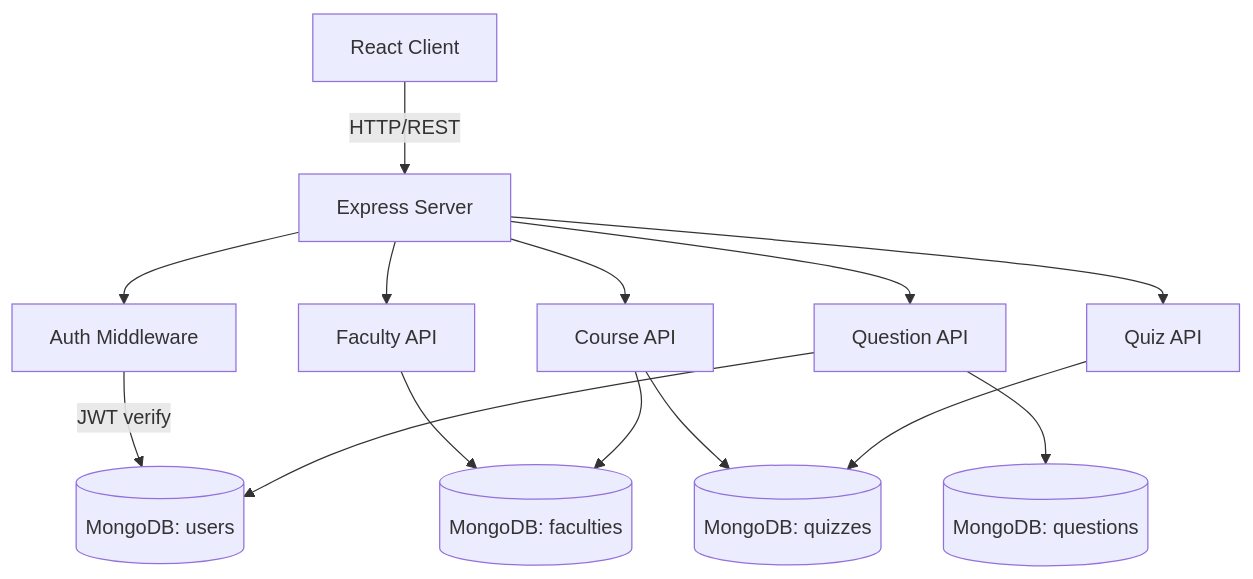
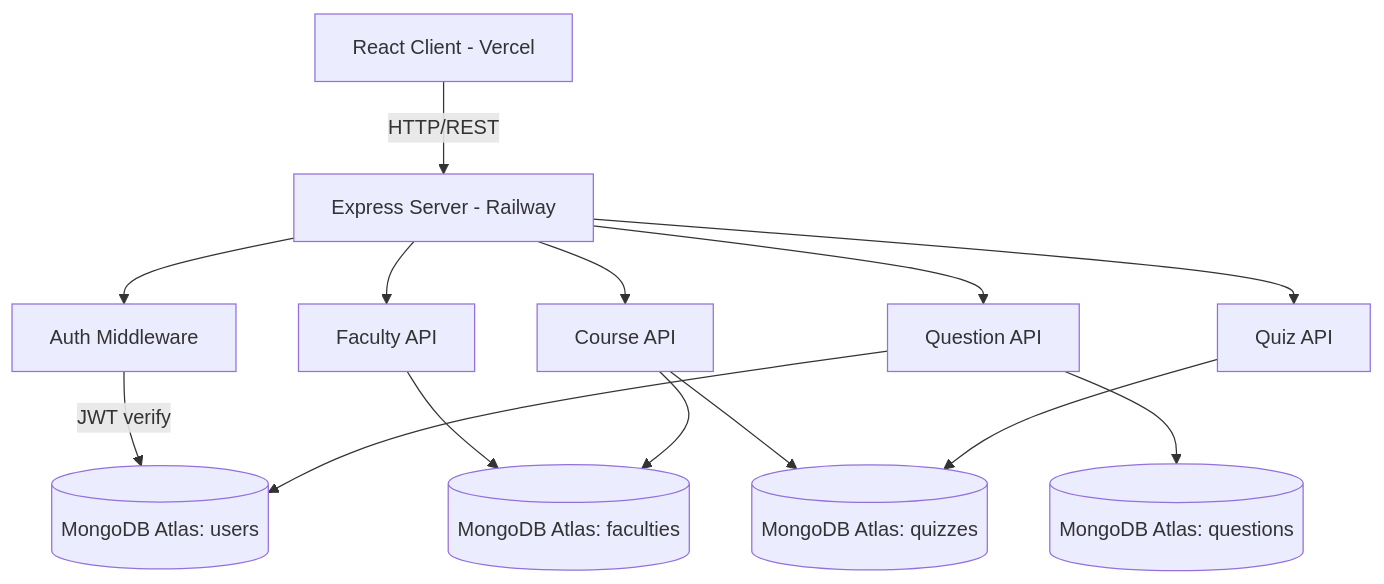
One commit to abdomohamed911/revquiz-platform changed the diagram in README.md. Above: the diagram before and after it, drawn with Mermaid. The commit also changed other lines of this file and 11 other files, not shown here.

````diff
--- a/README.md
+++ b/README.md
@@ -28,16 +40,16 @@
 ```mermaid
 graph TD
-    Client[React Client] -->|HTTP/REST| Server[Express Server]
+    Client[React Client - Vercel] -->|HTTP/REST| Server[Express Server - Railway]
     Server --> AuthMW[Auth Middleware]
-    AuthMW -->|JWT verify| UserDB[(MongoDB: users)]
+    AuthMW -->|JWT verify| UserDB[(MongoDB Atlas: users)]
     Server --> FacultyAPI[Faculty API]
     Server --> CourseAPI[Course API]
     Server --> QuizAPI[Quiz API]
     Server --> QuestionAPI[Question API]
-    FacultyAPI --> CourseDB[(MongoDB: faculties)]
+    FacultyAPI --> CourseDB[(MongoDB Atlas: faculties)]
     CourseAPI --> CourseDB
-    CourseAPI --> QuizDB[(MongoDB: quizzes)]
+    CourseAPI --> QuizDB[(MongoDB Atlas: quizzes)]
     QuizAPI --> QuizDB
-    QuestionAPI --> QuestionDB[(MongoDB: questions)]
+    QuestionAPI --> QuestionDB[(MongoDB Atlas: questions)]
     QuestionAPI --> UserDB
 ```
````
